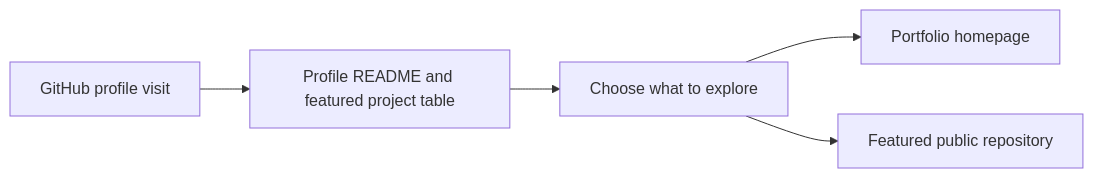
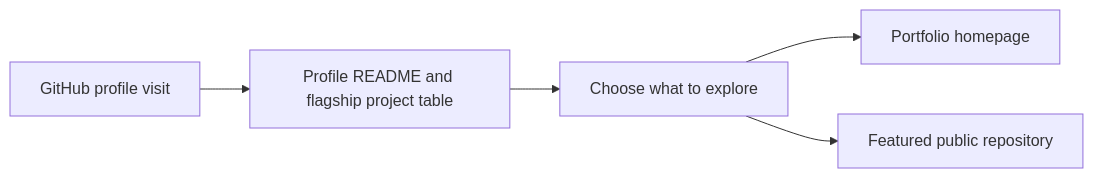
Before and after one commit to Klokesh493/Klokesh493: the diagram in README.md, drawn with Mermaid. The commit also changed other lines of this file, not shown here.

````diff
--- a/README.md
+++ b/README.md
@@ -115,11 +125,11 @@
 ```mermaid
 flowchart LR
     A["GitHub profile visit"]
-    B["Profile README and featured project table"]
+    B["Profile README and flagship project table"]
     C["Choose what to explore"]
     D["Portfolio homepage"]
     E["Featured public repository"]
     A --> B --> C
     C --> D
     C --> E
 ```
````
